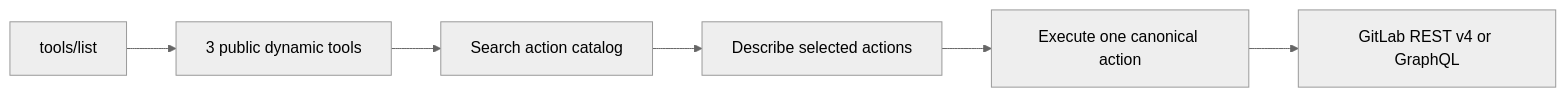
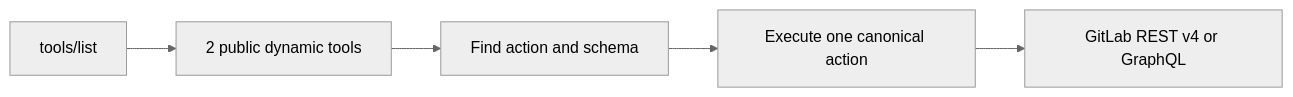
Before and after one commit to jmrplens/gitlab-mcp-server: the first of 2 diagrams in site/src/content/docs/tools/dynamic-tools.mdx, drawn with Mermaid (neutral theme). The commit also changed other lines of this file and 179 other files, not shown here.

````diff
--- a/site/src/content/docs/tools/dynamic-tools.mdx
+++ b/site/src/content/docs/tools/dynamic-tools.mdx
@@ -26,8 +25,7 @@
 ```mermaid
 flowchart LR
-    A[tools/list] --> B[3 public dynamic tools]
-    B --> C[Search action catalog]
-    C --> D[Describe selected actions]
-    D --> E[Execute one canonical action]
+	A[tools/list] --> B[2 public dynamic tools]
+	B --> C[Find action and schema]
+	C --> E[Execute one canonical action]
     E --> F[GitLab REST v4 or GraphQL]
 ```
````
